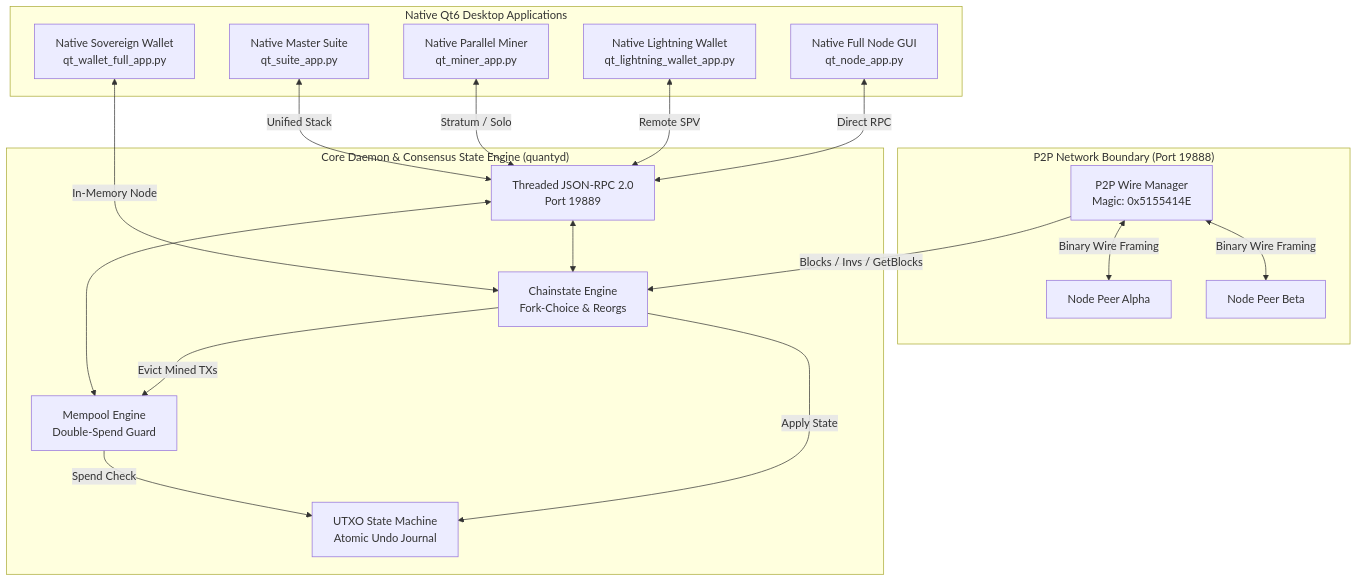
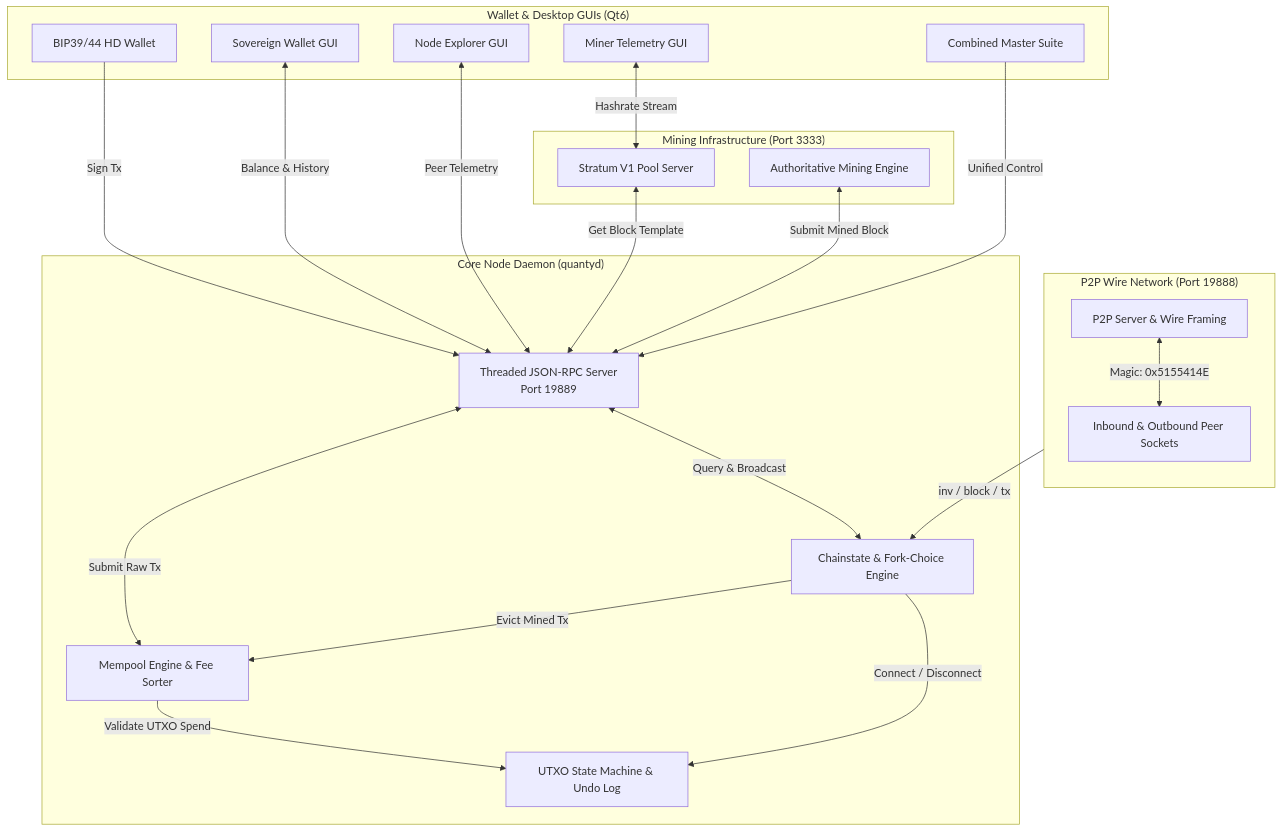
The diagram in README.md (timfromhcs/QuantyCoin), drawn with Mermaid before and after one commit. The commit also changed other lines of this file and 48 other files, not shown here.

````diff
--- a/README.md
+++ b/README.md
@@ -128,38 +84,44 @@
 ```mermaid
 graph TB
-    subgraph "P2P Network Boundary (Port 19888)"
-        P2P[P2P Wire Manager\nMagic: 0x5155414E]
-        PeerA[Node Peer Alpha]
-        PeerB[Node Peer Beta]
-        P2P <-->|Binary Wire Framing| PeerA
-        P2P <-->|Binary Wire Framing| PeerB
+    subgraph P2P ["P2P Wire Network (Port 19888)"]
+        direction TB
+        MGR[P2P Server & Wire Framing]
+        PEERS[Inbound & Outbound Peer Sockets]
+        MGR <-->|Magic: 0x5155414E| PEERS
     end
 
-    subgraph "Core Daemon & Consensus State Engine (quantyd)"
-        CS[Chainstate Engine\nFork-Choice & Reorgs]
-        UTXO[UTXO State Machine\nAtomic Undo Journal]
-        MEM[Mempool Engine\nDouble-Spend Guard]
-        RPC[Threaded JSON-RPC 2.0\nPort 19889]
-        
-        P2P -->|Blocks / Invs / GetBlocks| CS
-        CS -->|Apply State| UTXO
-        MEM -->|Spend Check| UTXO
-        CS -->|Evict Mined TXs| MEM
-        RPC <--> CS
-        RPC <--> MEM
+    subgraph CORE ["Core Node Daemon (quantyd)"]
+        CS[Chainstate & Fork-Choice Engine]
+        UTXO[UTXO State Machine & Undo Log]
+        MEM[Mempool Engine & Fee Sorter]
+        RPC[Threaded JSON-RPC Server\nPort 19889]
+
+        MGR -->|inv / block / tx| CS
+        CS -->|Connect / Disconnect| UTXO
+        MEM -->|Validate UTXO Spend| UTXO
+        CS -->|Evict Mined Tx| MEM
+        RPC <-->|Query & Broadcast| CS
+        RPC <-->|Submit Raw Tx| MEM
     end
 
-    subgraph "Native Qt6 Desktop Applications"
-        GUI_NODE[Native Full Node GUI\nqt_node_app.py]
-        GUI_WALLET[Native Sovereign Wallet\nqt_wallet_full_app.py]
-        GUI_LIGHT[Native Lightning Wallet\nqt_lightning_wallet_app.py]
-        GUI_MINER[Native Parallel Miner\nqt_miner_app.py]
-        GUI_SUITE[Native Master Suite\nqt_suite_app.py]
-        
-        GUI_NODE <-->|Direct RPC| RPC
-        GUI_WALLET <-->|In-Memory Node| CS
-        GUI_LIGHT <-->|Remote SPV| RPC
-        GUI_MINER <-->|Stratum / Solo| RPC
-        GUI_SUITE <-->|Unified Stack| RPC
+    subgraph MINING ["Mining Infrastructure (Port 3333)"]
+        STRATUM[Stratum V1 Pool Server]
+        ENG[Authoritative Mining Engine]
+        STRATUM <-->|Get Block Template| RPC
+        ENG <-->|Submit Mined Block| RPC
+    end
+
+    subgraph WALLET ["Wallet & Desktop GUIs (Qt6)"]
+        HD[BIP39/44 HD Wallet]
+        GUI_W[Sovereign Wallet GUI]
+        GUI_N[Node Explorer GUI]
+        GUI_M[Miner Telemetry GUI]
+        GUI_S[Combined Master Suite]
+
+        HD -->|Sign Tx| RPC
+        GUI_W <-->|Balance & History| RPC
+        GUI_N <-->|Peer Telemetry| RPC
+        GUI_M <-->|Hashrate Stream| STRATUM
+        GUI_S -->|Unified Control| RPC
     end
 ```
````
